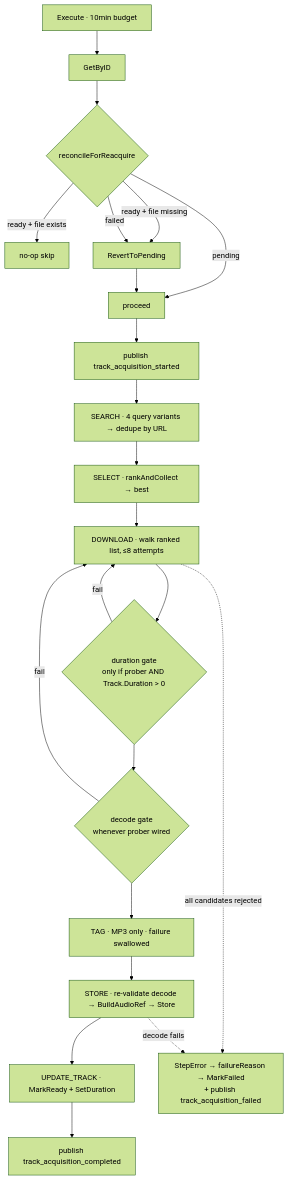
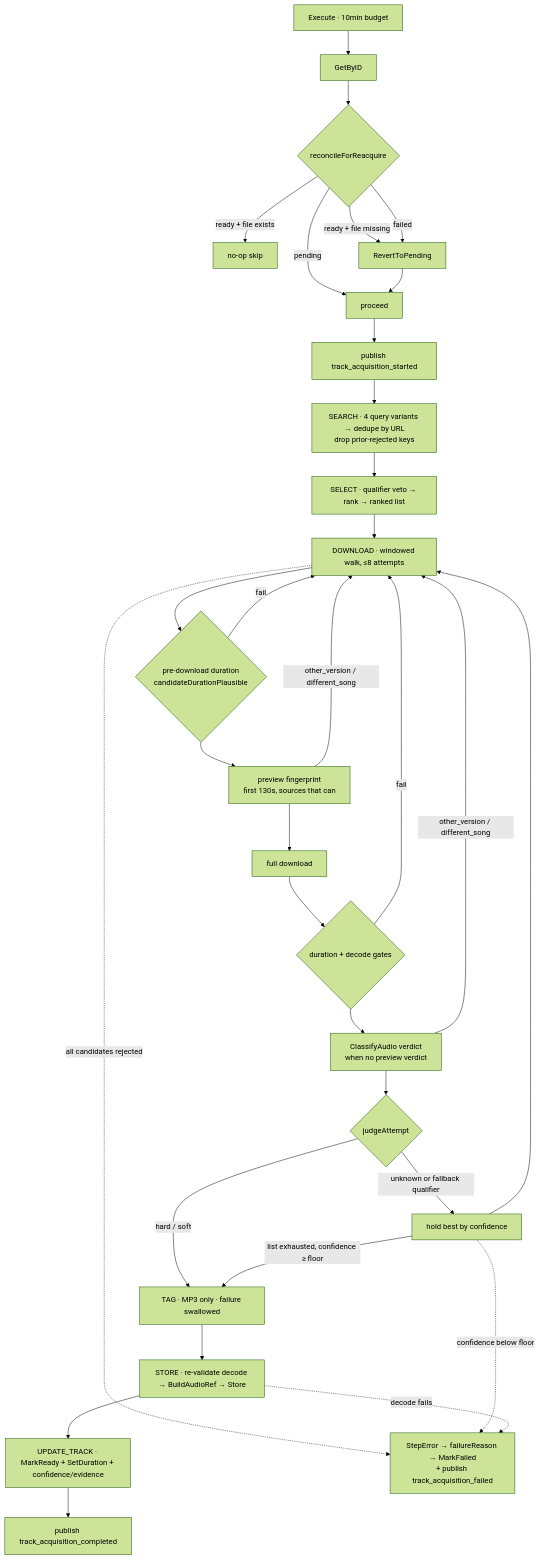
One commit to aleburrascano/altune changed the second of 3 diagrams in services/go-api/internal/acquisition/ARCHITECTURE.md. Above: the diagram before and after it, drawn with Mermaid (forest theme). The commit also changed other lines of this file and 1 other file, not shown here.

````diff
--- a/services/go-api/internal/acquisition/ARCHITECTURE.md
+++ b/services/go-api/internal/acquisition/ARCHITECTURE.md
@@ -254,25 +254,35 @@
 ```mermaid
 flowchart TD
     EX["Execute · 10min budget"] --> GET["GetByID"]
     GET --> REC{"reconcileForReacquire"}
     REC -->|"ready + file exists"| SKIP["no-op skip"]
     REC -->|"ready + file missing"| REV["RevertToPending"]
     REC -->|"failed"| REV
     REC -->|"pending"| GO["proceed"]
     REV --> GO
     GO --> EVS["publish track_acquisition_started"]
-    EVS --> S1["SEARCH · 4 query variants → dedupe by URL"]
-    S1 --> S2["SELECT · rankAndCollect → best"]
-    S2 --> S3["DOWNLOAD · walk ranked list, ≤8 attempts"]
-    S3 --> G1{"duration gate<br/>only if prober AND Track.Duration > 0"}
-    G1 -->|fail| S3
-    G1 --> G2{"decode gate<br/>whenever prober wired"}
-    G2 -->|fail| S3
-    G2 --> S4["TAG · MP3 only · failure swallowed"]
-    S4 --> S5["STORE · re-validate decode → BuildAudioRef → Store"]
-    S5 --> S6["UPDATE_TRACK · MarkReady + SetDuration"]
+    EVS --> S1["SEARCH · 4 query variants → dedupe by URL<br/>drop prior-rejected keys"]
+    S1 --> S2["SELECT · qualifier veto → rank → ranked list"]
+    S2 --> S3["DOWNLOAD · windowed walk, ≤8 attempts"]
+    S3 --> G0{"pre-download duration<br/>candidateDurationPlausible"}
+    G0 -->|fail| S3
+    G0 --> G1["preview fingerprint<br/>first 130s, sources that can"]
+    G1 -->|"other_version / different_song"| S3
+    G1 --> G2["full download"]
+    G2 --> G3{"duration + decode gates"}
+    G3 -->|fail| S3
+    G3 --> G4["ClassifyAudio verdict<br/>when no preview verdict"]
+    G4 -->|"other_version / different_song"| S3
+    G4 --> J{"judgeAttempt"}
+    J -->|"hard / soft"| S4
+    J -->|"unknown or fallback qualifier"| HOLD["hold best by confidence"]
+    HOLD --> S3
+    HOLD -->|"list exhausted, confidence ≥ floor"| S4
+    S4["TAG · MP3 only · failure swallowed"] --> S5["STORE · re-validate decode → BuildAudioRef → Store"]
+    S5 --> S6["UPDATE_TRACK · MarkReady + SetDuration + confidence/evidence"]
     S6 --> OK["publish track_acquisition_completed"]
     S3 -.->|"all candidates rejected"| ERR
+    HOLD -.->|"confidence below floor"| ERR
     S5 -.->|"decode fails"| ERR
     ERR["StepError → failureReason → MarkFailed<br/>+ publish track_acquisition_failed"]
 ```
````
